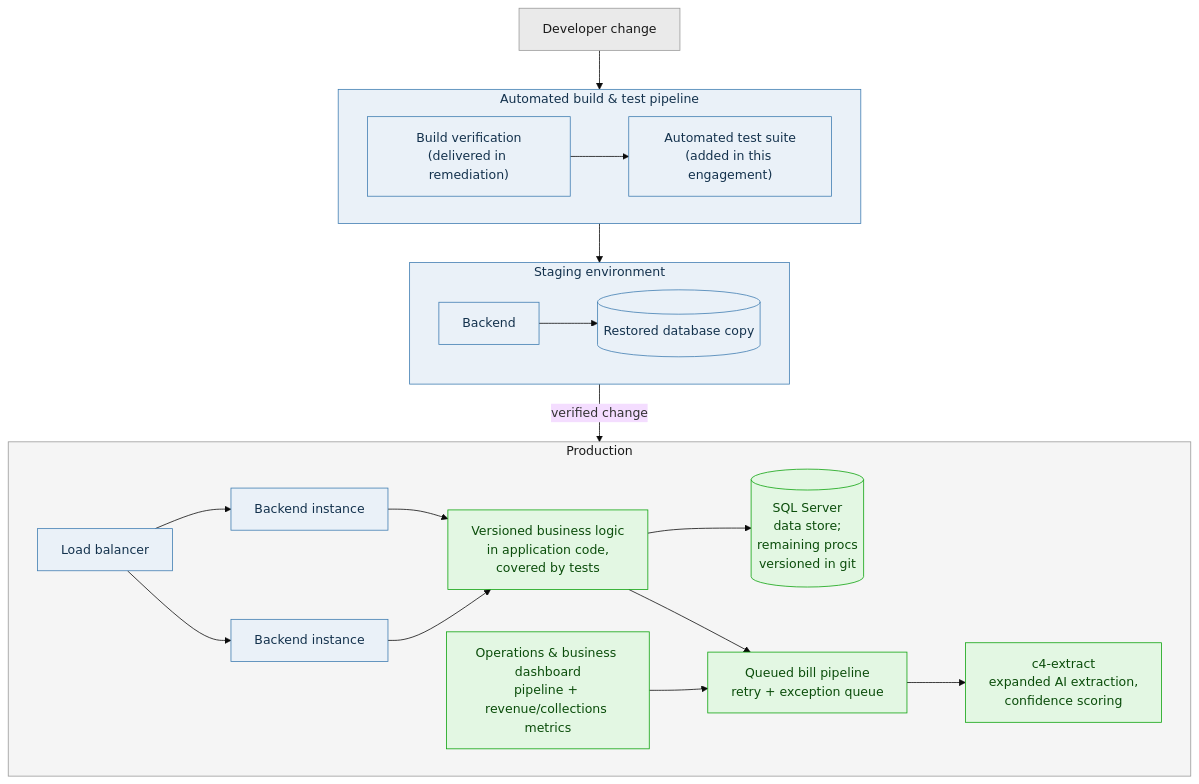
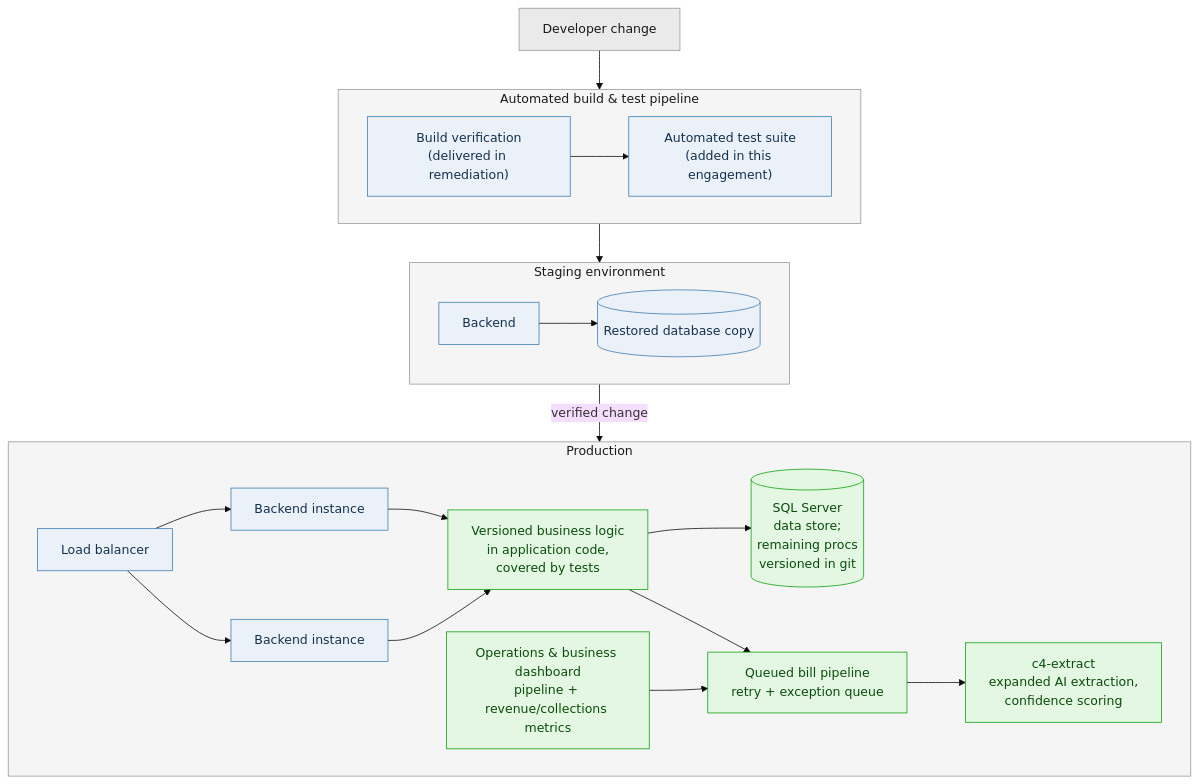
The second of 3 diagrams in docs/projects/ubility/ongoing-partnership/ubility-partnership-proposal.md (keystone-software-systems/keystone-web), drawn with Mermaid (base theme) before and after one commit. The commit also changed 1 other file, not shown here.

Commit message:
fix: subgraph containers matched their child node colors in target diagram
CI and Staging environment containers were filled with the same pale
blue as the nodes inside them, so the nested boxes barely stood out.
Changed both containers to the same neutral gray already used for
Production, matching the pattern that already worked there: colored
nodes standing out against a neutral frame, not against a same-hue
background. Re-rendered the PNG to confirm.

````diff
--- a/docs/projects/ubility/ongoing-partnership/ubility-partnership-proposal.md
+++ b/docs/projects/ubility/ongoing-partnership/ubility-partnership-proposal.md
@@ -122,57 +122,57 @@
 ```mermaid
 graph TD
     DEV["Developer change"] --> CI
 
     subgraph CI["Automated build & test pipeline"]
         BUILD["Build verification<br/>(delivered in remediation)"]
         TEST["Automated test suite<br/>(added in this engagement)"]
         BUILD --> TEST
     end
 
     CI --> STG
 
     subgraph STG["Staging environment"]
         SBE["Backend"]
         SDB[("Restored database copy")]
         SBE --> SDB
     end
 
     STG -->|"verified change"| PRD
 
     subgraph PRD["Production"]
         LB["Load balancer"]
         BE1["Backend instance"]
         BE2["Backend instance"]
         SVC["Versioned business logic<br/>in application code,<br/>covered by tests"]
         DB2[("SQL Server<br/>data store;<br/>remaining procs<br/>versioned in git")]
         Q["Queued bill pipeline<br/>retry + exception queue"]
         EX2["c4-extract<br/>expanded AI extraction,<br/>confidence scoring"]
         OPS["Operations & business dashboard<br/>pipeline + revenue/collections metrics"]
 
         LB --> BE1
         LB --> BE2
         BE1 --> SVC
         BE2 --> SVC
         SVC --> DB2
         SVC --> Q
         Q --> EX2
         OPS --> Q
     end
 
-    style CI fill:#eaf1f8,stroke:#3E7CB1,color:#14324D
-    style STG fill:#eaf1f8,stroke:#3E7CB1,color:#14324D
+    style CI fill:#f5f5f5,stroke:#999999,color:#1a1a1a
+    style STG fill:#f5f5f5,stroke:#999999,color:#1a1a1a
     style PRD fill:#f5f5f5,stroke:#999999,color:#1a1a1a
     style DEV fill:#eaeaea,stroke:#999999,color:#1a1a1a
     style BUILD fill:#eaf1f8,stroke:#3E7CB1,color:#14324D
     style TEST fill:#eaf1f8,stroke:#3E7CB1,color:#14324D
     style SBE fill:#eaf1f8,stroke:#3E7CB1,color:#14324D
     style SDB fill:#eaf1f8,stroke:#3E7CB1,color:#14324D
     style LB fill:#eaf1f8,stroke:#3E7CB1,color:#14324D
     style BE1 fill:#eaf1f8,stroke:#3E7CB1,color:#14324D
     style BE2 fill:#eaf1f8,stroke:#3E7CB1,color:#14324D
     style SVC fill:#e3f7e3,stroke:#0ca30c,color:#0b4d0b
     style DB2 fill:#e3f7e3,stroke:#0ca30c,color:#0b4d0b
     style Q fill:#e3f7e3,stroke:#0ca30c,color:#0b4d0b
     style EX2 fill:#e3f7e3,stroke:#0ca30c,color:#0b4d0b
     style OPS fill:#e3f7e3,stroke:#0ca30c,color:#0b4d0b
 ```
````
